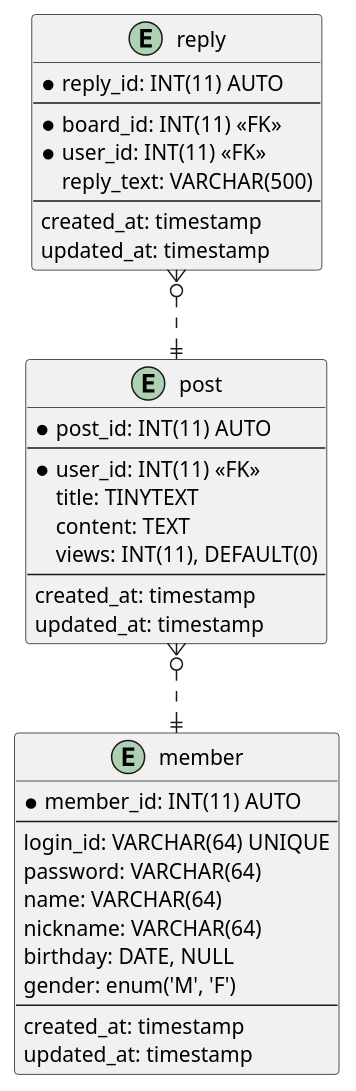
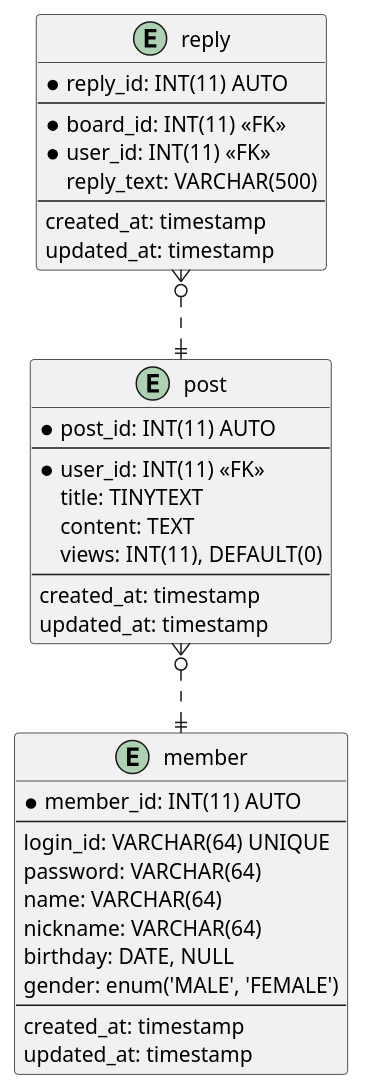
One commit to daumtto53/mini_board changed the diagram in Resources/model.plantuml. Above: the diagram before and after it, drawn with PlantUML.

Commit message:
docs(erd): changed ERD enum

```diff
--- a/Resources/model.plantuml
+++ b/Resources/model.plantuml
@@ -1,43 +1,43 @@
 @startuml
 
 entity "post" as post {
 	*post_id: INT(11) AUTO
 	--
 	*user_id: INT(11) <<FK>>
 	title: TINYTEXT
 	content: TEXT
 	views: INT(11), DEFAULT(0)
 	--
 	created_at: timestamp
 	updated_at: timestamp
 }
 
 entity "member" as member {
 	*member_id: INT(11) AUTO
 	--
 	login_id: VARCHAR(64) UNIQUE
 	password: VARCHAR(64)
 	name: VARCHAR(64)
 	nickname: VARCHAR(64)
 	birthday: DATE, NULL
-	gender: enum('M', 'F')
+	gender: enum('MALE', 'FEMALE')
 	--
 	created_at: timestamp
 	updated_at: timestamp
 }
 
 entity "reply" as reply {
 	*reply_id: INT(11) AUTO
 	--
 	*board_id: INT(11) <<FK>>
 	*user_id: INT(11) <<FK>>
 	reply_text: VARCHAR(500)
 	--
 	created_at: timestamp
 	updated_at: timestamp
 }
 
 post	}o..||	member
 reply	}o..||	post
 
 @enduml
```
